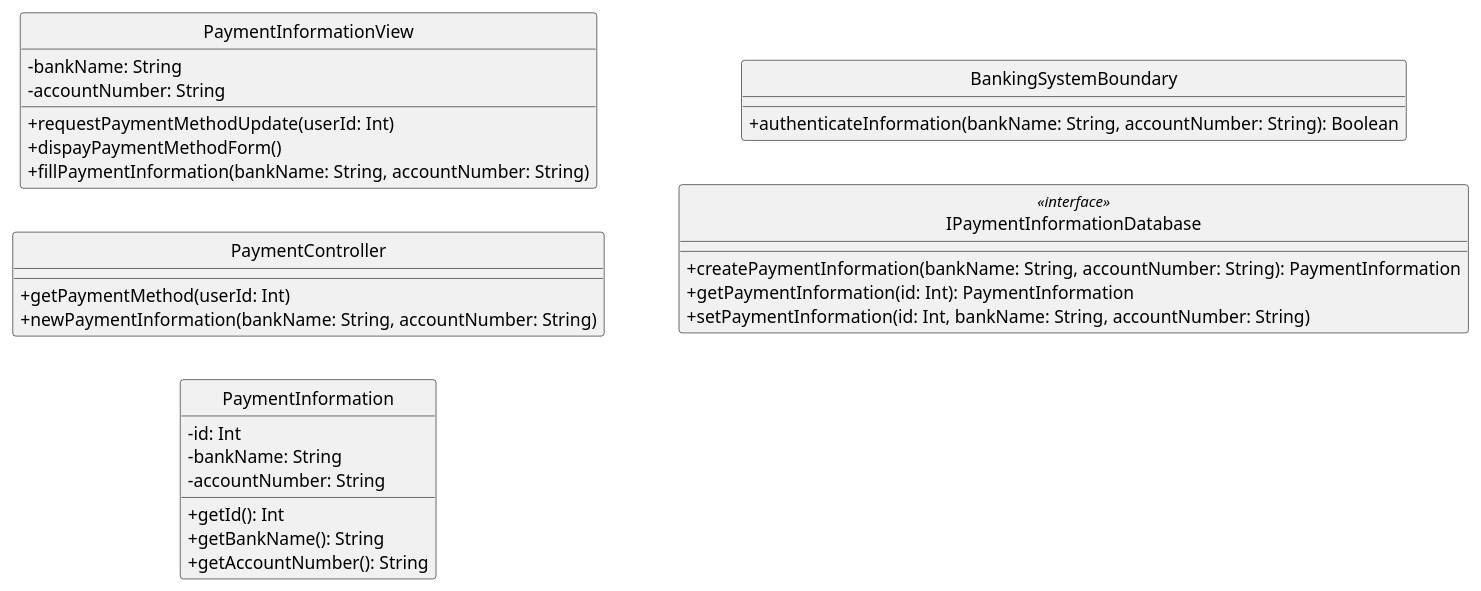
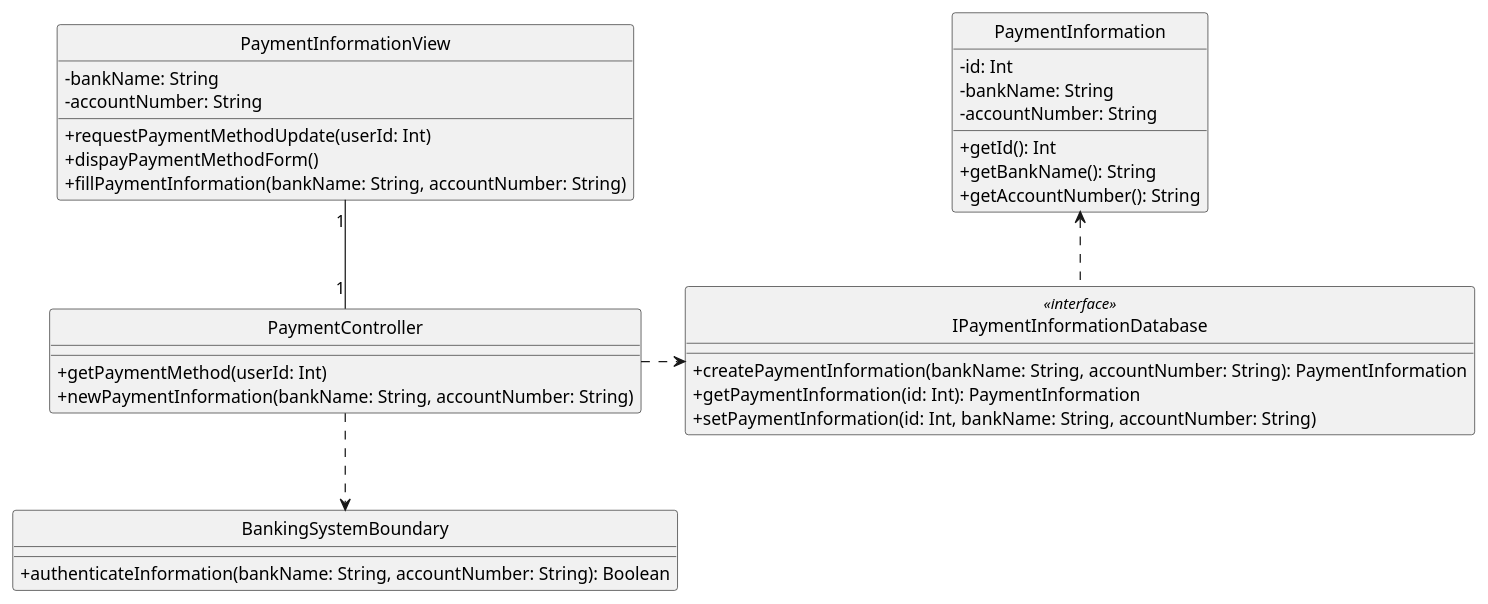
The diagram in uml/design/class/linh/update_payment_information.pu (anhbanlinhle/velocity-exchange), drawn with PlantUML before and after one commit. The commit also changed 5 other files, not shown here.

```diff
--- a/uml/design/class/linh/update_payment_information.pu
+++ b/uml/design/class/linh/update_payment_information.pu
@@ -1,41 +1,48 @@
 @startuml 
 skinparam classAttributeIconSize 0
 skinparam linetype ortho
-left to right direction
 hide circle
 class PaymentInformationView {
     - bankName: String
     - accountNumber: String
 
     + requestPaymentMethodUpdate(userId: Int)
     + dispayPaymentMethodForm()
     + fillPaymentInformation(bankName: String, accountNumber: String)
 
     }
 
 class PaymentController {
     + getPaymentMethod(userId: Int)
     + newPaymentInformation(bankName: String, accountNumber: String)
     }
 
 class PaymentInformation {
     - id: Int
     - bankName: String
     - accountNumber: String
 
     + getId(): Int
     + getBankName(): String
     + getAccountNumber(): String
     }
 
 class BankingSystemBoundary {
     + authenticateInformation(bankName: String, accountNumber: String): Boolean
     }
 
 class IPaymentInformationDatabase <<interface>> {
     + createPaymentInformation(bankName: String, accountNumber: String): PaymentInformation
     + getPaymentInformation(id: Int): PaymentInformation
     + setPaymentInformation(id: Int, bankName: String, accountNumber: String)
     }
 
+PaymentInformationView "1" -- "1" PaymentController
+
+PaymentController ..r> IPaymentInformationDatabase
+
+PaymentController ..d> BankingSystemBoundary
+
+IPaymentInformationDatabase ..u> PaymentInformation
+
 @enduml
```
